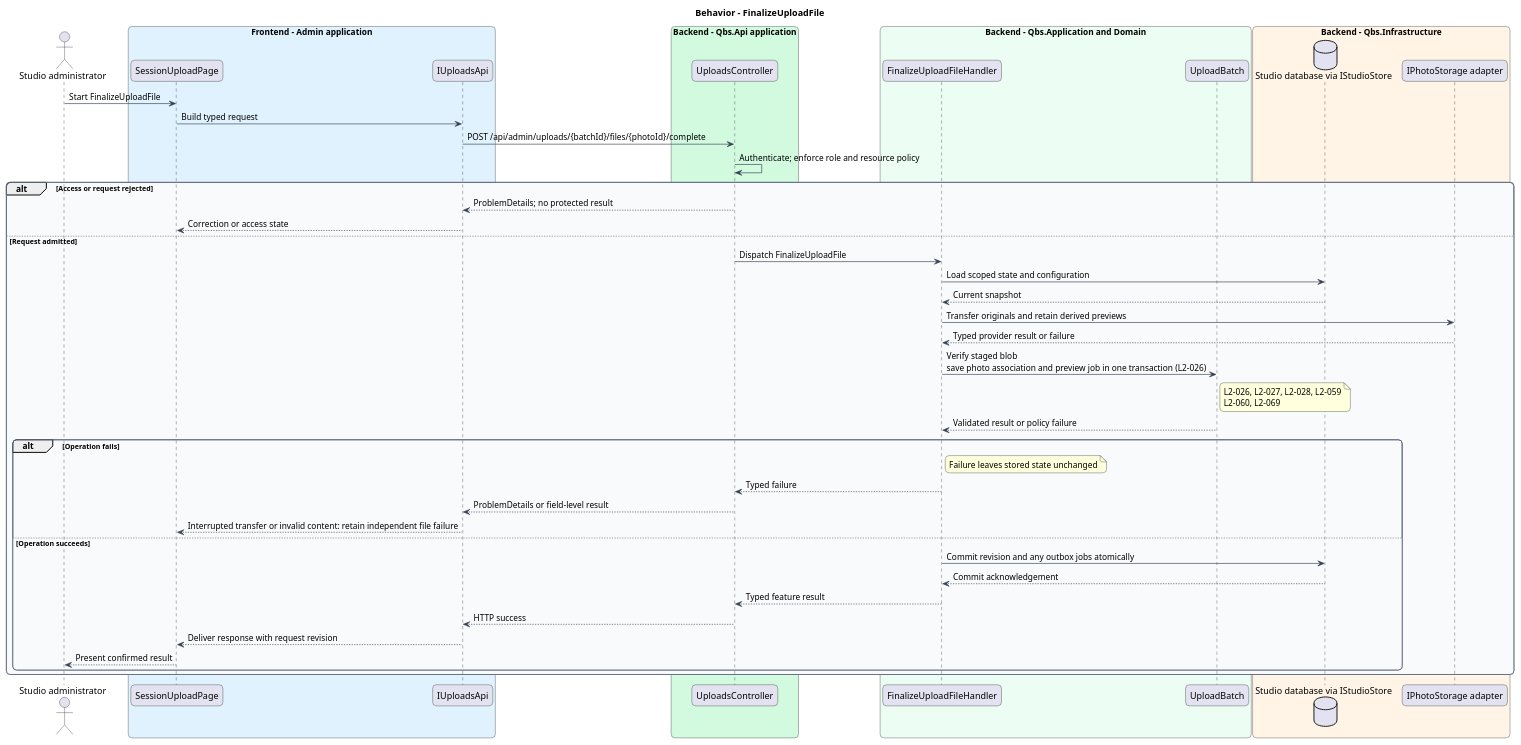
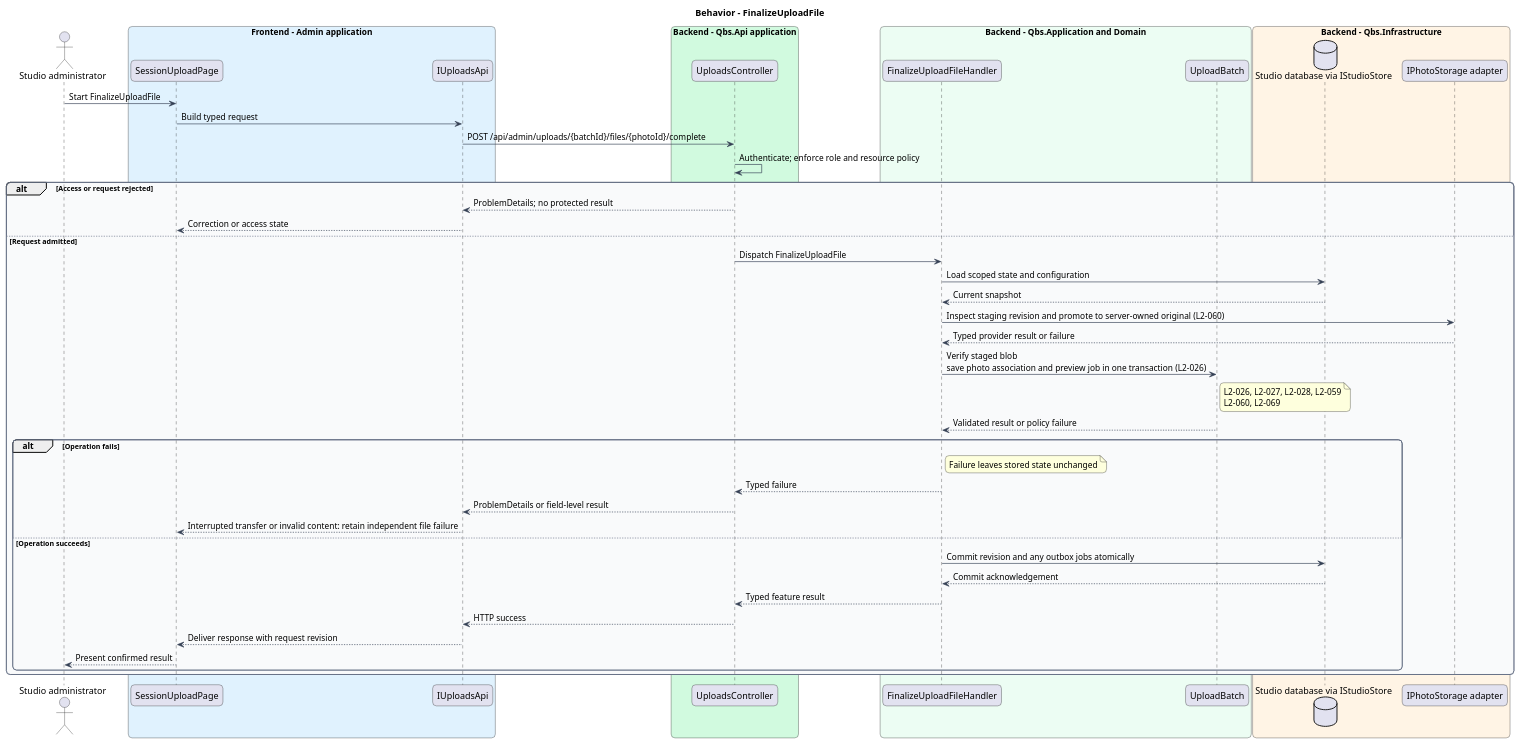
One commit to QuinntyneBrown/quinntyne-brown-studio changed the diagram in docs/detailed-designs/session-photos/upload-session-photos/diagrams/sequence-finalize-upload-file.puml. Above: the diagram before and after it, drawn with PlantUML. The commit also changed 5 other files, not shown here.

```diff
--- a/docs/detailed-designs/session-photos/upload-session-photos/diagrams/sequence-finalize-upload-file.puml
+++ b/docs/detailed-designs/session-photos/upload-session-photos/diagrams/sequence-finalize-upload-file.puml
@@ -1,66 +1,66 @@
 @startuml
 skinparam backgroundColor #FFFFFF
 skinparam shadowing false
 skinparam roundcorner 12
 skinparam defaultFontName Arial
 skinparam ArrowColor #344054
 skinparam rectangle {
   BorderColor #344054
   FontColor #101828
 }
 skinparam package {
   BorderColor #667085
   FontColor #101828
   BackgroundColor #F9FAFB
 }
 title Behavior - FinalizeUploadFile
 actor "Studio administrator" as actor
 box "Frontend - Admin application" #E0F2FE
  participant "SessionUploadPage" as page
  participant "IUploadsApi" as client
 end box
 box "Backend - Qbs.Api application" #D1FADF
  participant "UploadsController" as controller
 end box
 box "Backend - Qbs.Application and Domain" #ECFDF3
  participant "FinalizeUploadFileHandler" as handler
  participant "UploadBatch" as entity
 end box
 box "Backend - Qbs.Infrastructure" #FFF4E5
  database "Studio database via IStudioStore" as db
  participant "IPhotoStorage adapter" as ext
 end box
 actor -> page : Start FinalizeUploadFile
 page -> client : Build typed request
 client -> controller : POST /api/admin/uploads/{batchId}/files/{photoId}/complete
 controller -> controller : Authenticate; enforce role and resource policy
 alt Access or request rejected
 controller --> client : ProblemDetails; no protected result
 client --> page : Correction or access state
 else Request admitted
 controller -> handler : Dispatch FinalizeUploadFile
 handler -> db : Load scoped state and configuration
 db --> handler : Current snapshot
-handler -> ext : Transfer originals and retain derived previews
+handler -> ext : Inspect staging revision and promote to server-owned original (L2-060)
 ext --> handler : Typed provider result or failure
 handler -> entity : Verify staged blob\nsave photo association and preview job in one transaction (L2-026)
 note right of entity
 L2-026, L2-027, L2-028, L2-059
 L2-060, L2-069
 end note
 entity --> handler : Validated result or policy failure
 alt Operation fails
 note right of handler : Failure leaves stored state unchanged
 handler --> controller : Typed failure
 controller --> client : ProblemDetails or field-level result
 client --> page : Interrupted transfer or invalid content: retain independent file failure
 else Operation succeeds
 handler -> db : Commit revision and any outbox jobs atomically
 db --> handler : Commit acknowledgement
 handler --> controller : Typed feature result
 controller --> client : HTTP success
 client --> page : Deliver response with request revision
 page --> actor : Present confirmed result
 end
 end
 @enduml
```
